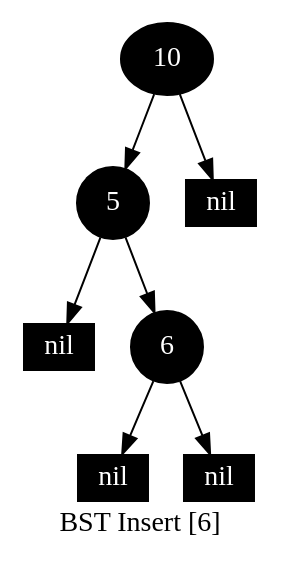
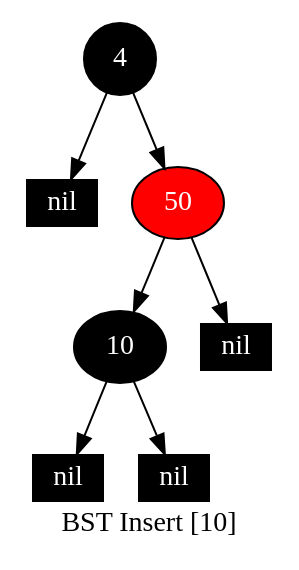
One commit to Sinopsys/DS-A-Assignments changed the diagram in 14/impl/cmake-build-debug/gv_files/dump_#_0004.gv. Above: the diagram before and after it, drawn with Graphviz. The commit also changed 101 other files, not shown here.

```diff
--- a/14/impl/cmake-build-debug/gv_files/dump_#_0004.gv
+++ b/14/impl/cmake-build-debug/gv_files/dump_#_0004.gv
@@ -1,17 +1,17 @@
 digraph G {
-    label="BST Insert [6]";
+    label="BST Insert [10]";
     node [width=0.5,fontcolor=white,style=filled];
+    4 [fillcolor=black]
+    4 -> NULLl4
+    NULLl4 [label="nil",width=0.3,height=0.2,shape=box,fillcolor=black]
+    4 -> 50
+    50 [fillcolor=red]
+    50 -> 10
+    50 -> NULLr50
+    NULLr50 [label="nil",width=0.3,height=0.2,shape=box,fillcolor=black]
     10 [fillcolor=black]
-    10 -> 5
+    10 -> NULLl10
+    NULLl10 [label="nil",width=0.3,height=0.2,shape=box,fillcolor=black]
     10 -> NULLr10
     NULLr10 [label="nil",width=0.3,height=0.2,shape=box,fillcolor=black]
-    5 [fillcolor=black]
-    5 -> NULLl5
-    NULLl5 [label="nil",width=0.3,height=0.2,shape=box,fillcolor=black]
-    5 -> 6
-    6 [fillcolor=black]
-    6 -> NULLl6
-    NULLl6 [label="nil",width=0.3,height=0.2,shape=box,fillcolor=black]
-    6 -> NULLr6
-    NULLr6 [label="nil",width=0.3,height=0.2,shape=box,fillcolor=black]
 }
```
